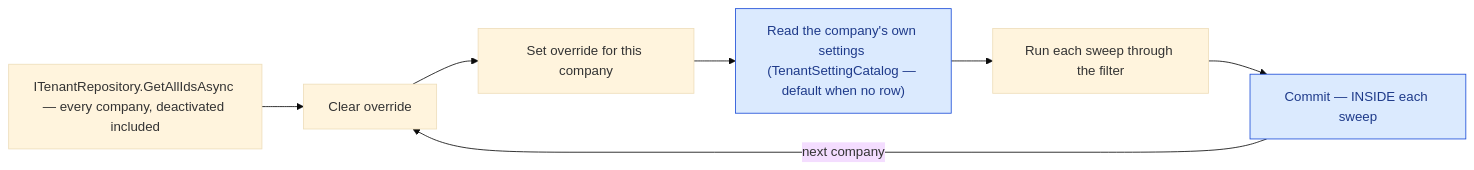
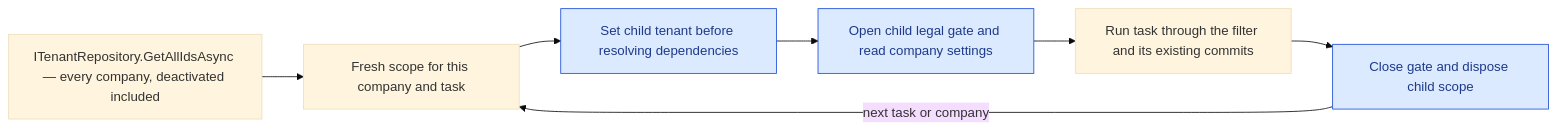
Before and after one commit to VM-s-Solutions/cleansia: the second of 3 diagrams in docs/flows/cross-cutting.md, drawn with Mermaid (base theme). The commit also changed other lines of this file and 27 other files, not shown here.

First line of the commit message:
refactor: scope retention dependencies per company and task

````diff
--- a/docs/flows/cross-cutting.md
+++ b/docs/flows/cross-cutting.md
@@ -79,12 +79,12 @@
 ```mermaid
 flowchart LR
-  A["ITenantRepository.GetAllIdsAsync — every company, deactivated included"] --> B[Clear override]
-  B --> C[Set override for this company]
-  C --> D["Read the company's own settings (TenantSettingCatalog — default when no row)"]
-  D --> E[Run each sweep through the filter]
-  E --> F[Commit — INSIDE each sweep]
-  F -->|next company| B
+  A["ITenantRepository.GetAllIdsAsync — every company, deactivated included"] --> B[Fresh scope for this company and task]
+  B --> C[Set child tenant before resolving dependencies]
+  C --> D[Open child legal gate and read company settings]
+  D --> E[Run task through the filter and its existing commits]
+  E --> F[Close gate and dispose child scope]
+  F -->|next task or company| B
 
   classDef key fill:#dbeafe,stroke:#1d4ed8,color:#1e3a8a
-  class D,F key
+  class C,D,F key
 ```
````
